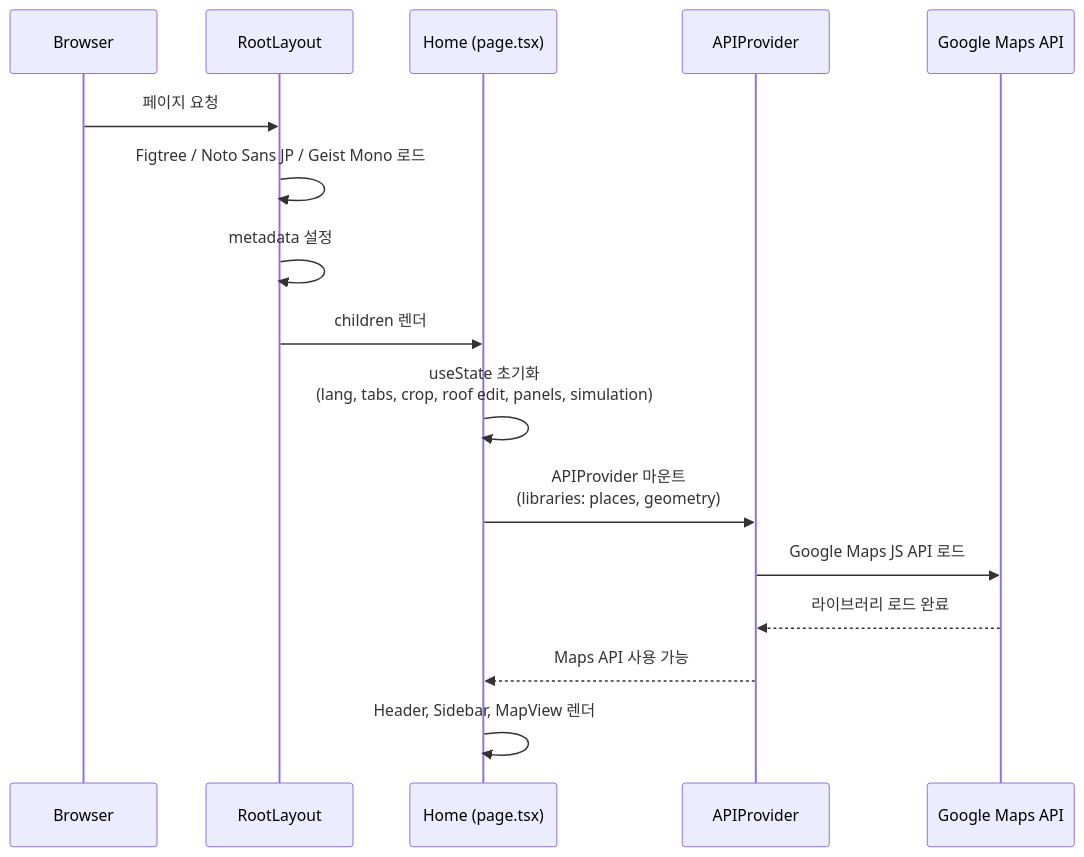
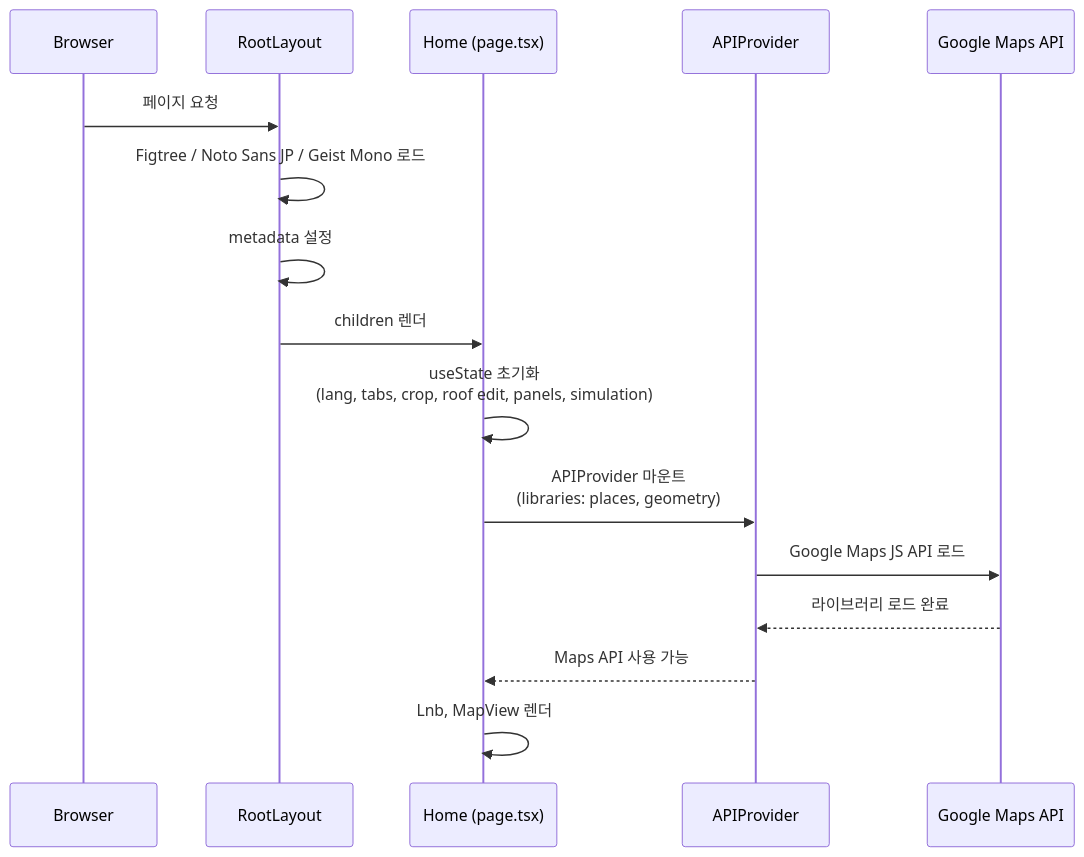
Before and after one commit to nalpari/solar-pv-system: the first of 7 diagrams in docs/sequence-diagrams.md, drawn with Mermaid. The commit also changed other lines of this file and 5 other files, not shown here.

````diff
--- a/docs/sequence-diagrams.md
+++ b/docs/sequence-diagrams.md
@@ -5,19 +5,19 @@
 ```mermaid
 sequenceDiagram
     participant B as Browser
     participant L as RootLayout
     participant H as Home (page.tsx)
     participant API as APIProvider
     participant GM as Google Maps API
 
     B->>L: 페이지 요청
     L->>L: Figtree / Noto Sans JP / Geist Mono 로드
     L->>L: metadata 설정
     L->>H: children 렌더
     H->>H: useState 초기화<br/>(lang, tabs, crop, roof edit, panels, simulation)
     H->>API: APIProvider 마운트<br/>(libraries: places, geometry)
     API->>GM: Google Maps JS API 로드
     GM-->>API: 라이브러리 로드 완료
     API-->>H: Maps API 사용 가능
-    H->>H: Header, Sidebar, MapView 렌더
+    H->>H: Lnb, MapView 렌더
 ```
````
